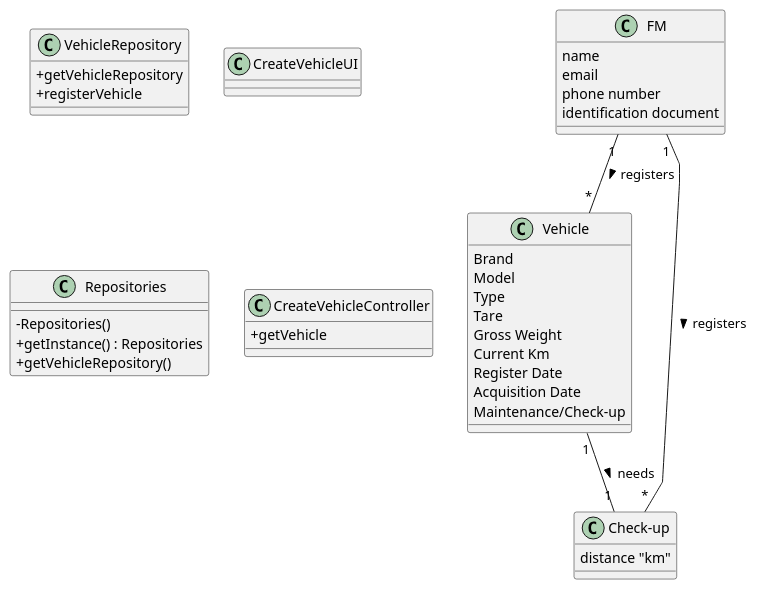
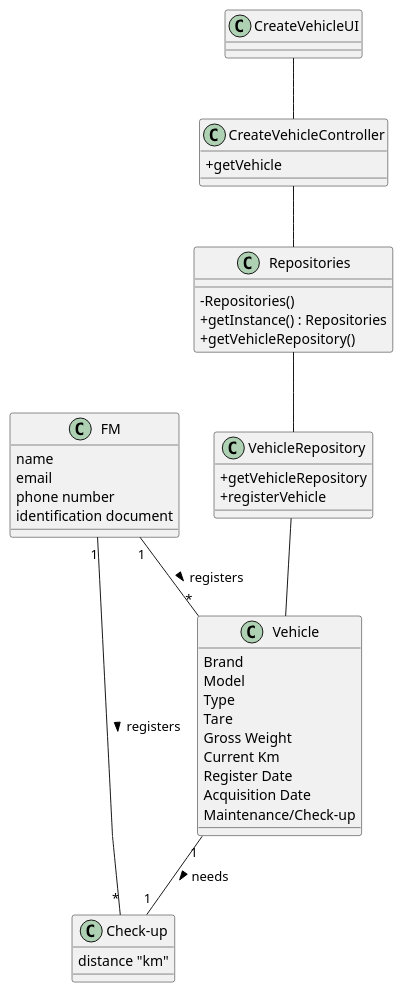
The diagram in docs/sprintB/us006/03.design/puml/us006-class-diagram.puml (Departamento-de-Engenharia-Informatica/lei-24-s2-1dl-g121), drawn with PlantUML before and after one commit.

Commit message:
class diagram us006

```diff
--- a/docs/sprintB/us006/03.design/puml/us006-class-diagram.puml
+++ b/docs/sprintB/us006/03.design/puml/us006-class-diagram.puml
@@ -1,62 +1,67 @@
 @startuml
 'skinparam monochrome true
 skinparam packageStyle rectangle
 skinparam shadowing false
 skinparam linetype polyline
 'skinparam linetype orto
 
 skinparam classAttributeIconSize 0
 
 'left to right direction
 
 ' vehicle Repository !!!1
 class VehicleRepository{
     +getVehicleRepository
     +registerVehicle
 }
 
 class CreateVehicleUI{
 
 }
 
 class Repositories {
     - Repositories()
     + getInstance() : Repositories
     + getVehicleRepository()
 }
 
 class CreateVehicleController{
     +getVehicle
 
 }
 
 class FM{
     name
     email
     phone number
     identification document
 }
 
 
 class Vehicle{
     Brand
     Model
     Type
     Tare
     Gross Weight
     Current Km
     Register Date
     Acquisition Date
     Maintenance/Check-up
 }
 
 class Check-up{
     distance "km"
 }
 
+CreateVehicleUI -- CreateVehicleController
+Repositories -- VehicleRepository
+CreateVehicleController -- Repositories
+VehicleRepository -- Vehicle
+
 FM "1" -- "*" Vehicle : registers >
 FM "1" -- "*" "Check-up" : registers >
 Vehicle "1" -- "1" "Check-up" : needs >
 
 
 @enduml
```
